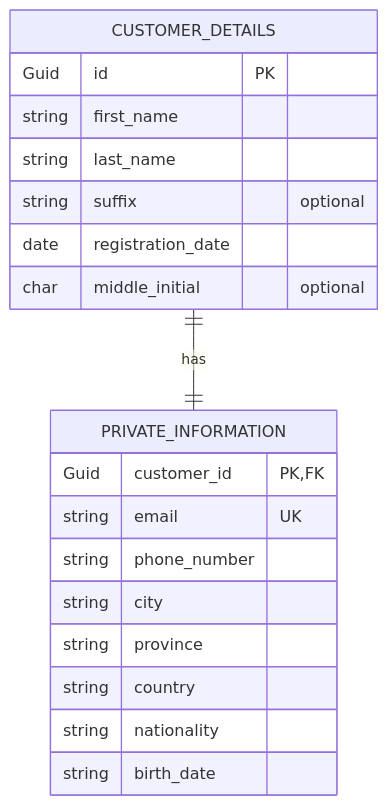
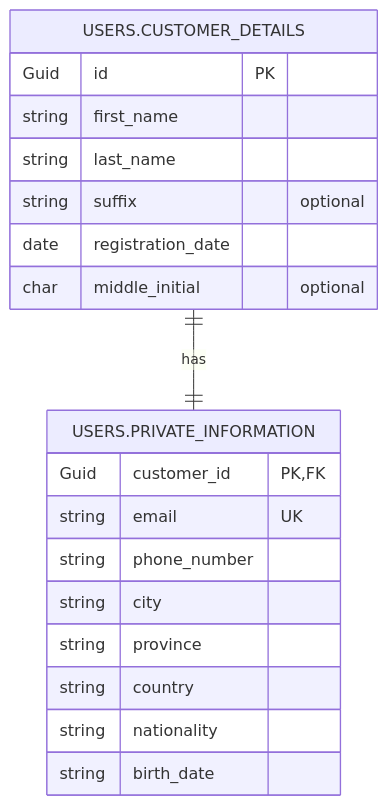
One commit to Jherson-Aguto/BankingSystem changed the diagram in docs/ERD/CustomerDetails.md. Above: the diagram before and after it, drawn with Mermaid. The commit also changed 2 other files, not shown here.

Commit message:
fixed ERD and RENAMED SCHEMA SCRIPTS

````diff
--- a/docs/ERD/CustomerDetails.md
+++ b/docs/ERD/CustomerDetails.md
@@ -3,24 +3,24 @@
 ```mermaid
 erDiagram
-    CUSTOMER_DETAILS ||--|| PRIVATE_INFORMATION : has
+    USERS.CUSTOMER_DETAILS ||--|| USERS.PRIVATE_INFORMATION : has
     
-    CUSTOMER_DETAILS {
+    USERS.CUSTOMER_DETAILS {
         Guid id PK
         string first_name
         string last_name
         string suffix "optional"
         date registration_date
         char middle_initial "optional"
     }
     
-    PRIVATE_INFORMATION {
+    USERS.PRIVATE_INFORMATION {
         Guid customer_id PK,FK
         string email UK
         string phone_number
         string city
         string province
         string country
         string nationality
         string birth_date
     }
 ```
````
